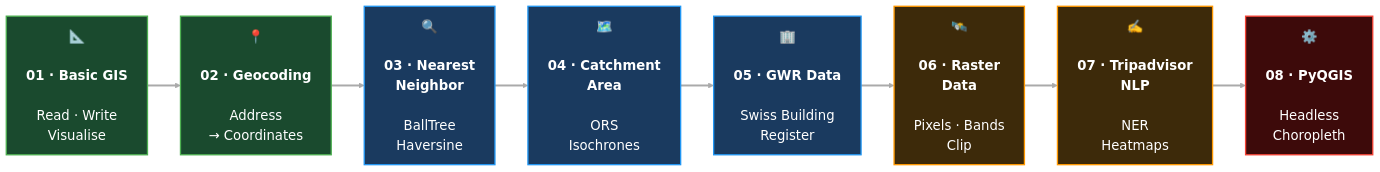
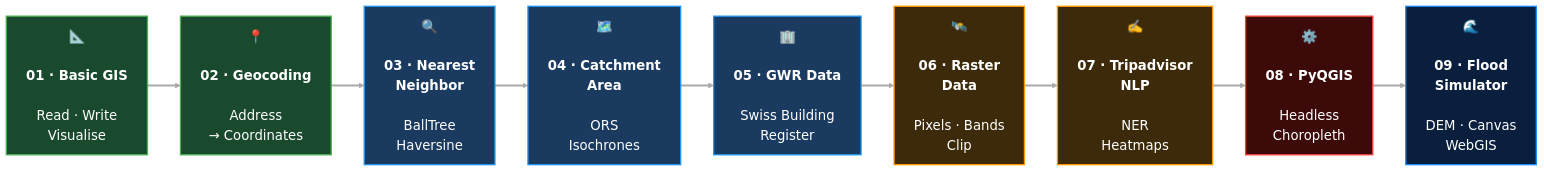
The diagram in README.md (mario-gellrich-zhaw/spatial_data_analysis), drawn with Mermaid before and after one commit. The commit also changed other lines of this file, not shown here.

````diff
--- a/README.md
+++ b/README.md
@@ -29,25 +32,28 @@
 ```mermaid
 %%{init: {'theme': 'base', 'themeVariables': {'fontSize': '20px', 'fontFamily': 'monospace'}}}%%
 flowchart LR
     M01["📐<br/><br/><b>01 · Basic GIS</b><br/><br/>Read · Write<br/>Visualise"]
     M02["📍<br/><br/><b>02 · Geocoding</b><br/><br/>Address<br/>→ Coordinates"]
     M03["🔍<br/><br/><b>03 · Nearest</b><br/><b>Neighbor</b><br/><br/>BallTree<br/>Haversine"]
     M04["🗺️<br/><br/><b>04 · Catchment</b><br/><b>Area</b><br/><br/>ORS<br/>Isochrones"]
     M05["🏢<br/><br/><b>05 · GWR Data</b><br/><br/>Swiss Building<br/>Register"]
     M06["🛰️<br/><br/><b>06 · Raster</b><br/><b>Data</b><br/><br/>Pixels · Bands<br/>Clip"]
     M07["✍️<br/><br/><b>07 · Tripadvisor</b><br/><b>NLP</b><br/><br/>NER<br/>Heatmaps"]
     M08["⚙️<br/><br/><b>08 · PyQGIS</b><br/><br/>Headless<br/>Choropleth"]
 
-    M01 ==> M02 ==> M03 ==> M04 ==> M05 ==> M06 ==> M07 ==> M08
+    M09["🌊<br/><br/><b>09 · Flood</b><br/><b>Simulator</b><br/><br/>DEM · Canvas<br/>WebGIS"]
+
+    M01 ==> M02 ==> M03 ==> M04 ==> M05 ==> M06 ==> M07 ==> M08 ==> M09
 
     linkStyle default stroke:#aaa,stroke-width:3px
 
     style M01 fill:#1a4a2e,stroke:#4CAF50,stroke-width:2px,color:#fff
     style M02 fill:#1a4a2e,stroke:#4CAF50,stroke-width:2px,color:#fff
     style M03 fill:#1a3a5f,stroke:#2196F3,stroke-width:2px,color:#fff
     style M04 fill:#1a3a5f,stroke:#2196F3,stroke-width:2px,color:#fff
     style M05 fill:#1a3a5f,stroke:#2196F3,stroke-width:2px,color:#fff
     style M06 fill:#3d2a0a,stroke:#FF9800,stroke-width:2px,color:#fff
     style M07 fill:#3d2a0a,stroke:#FF9800,stroke-width:2px,color:#fff
     style M08 fill:#3d0a0a,stroke:#f44336,stroke-width:2px,color:#fff
+    style M09 fill:#0a1f3d,stroke:#1d8cf8,stroke-width:2px,color:#fff
 ```
````
